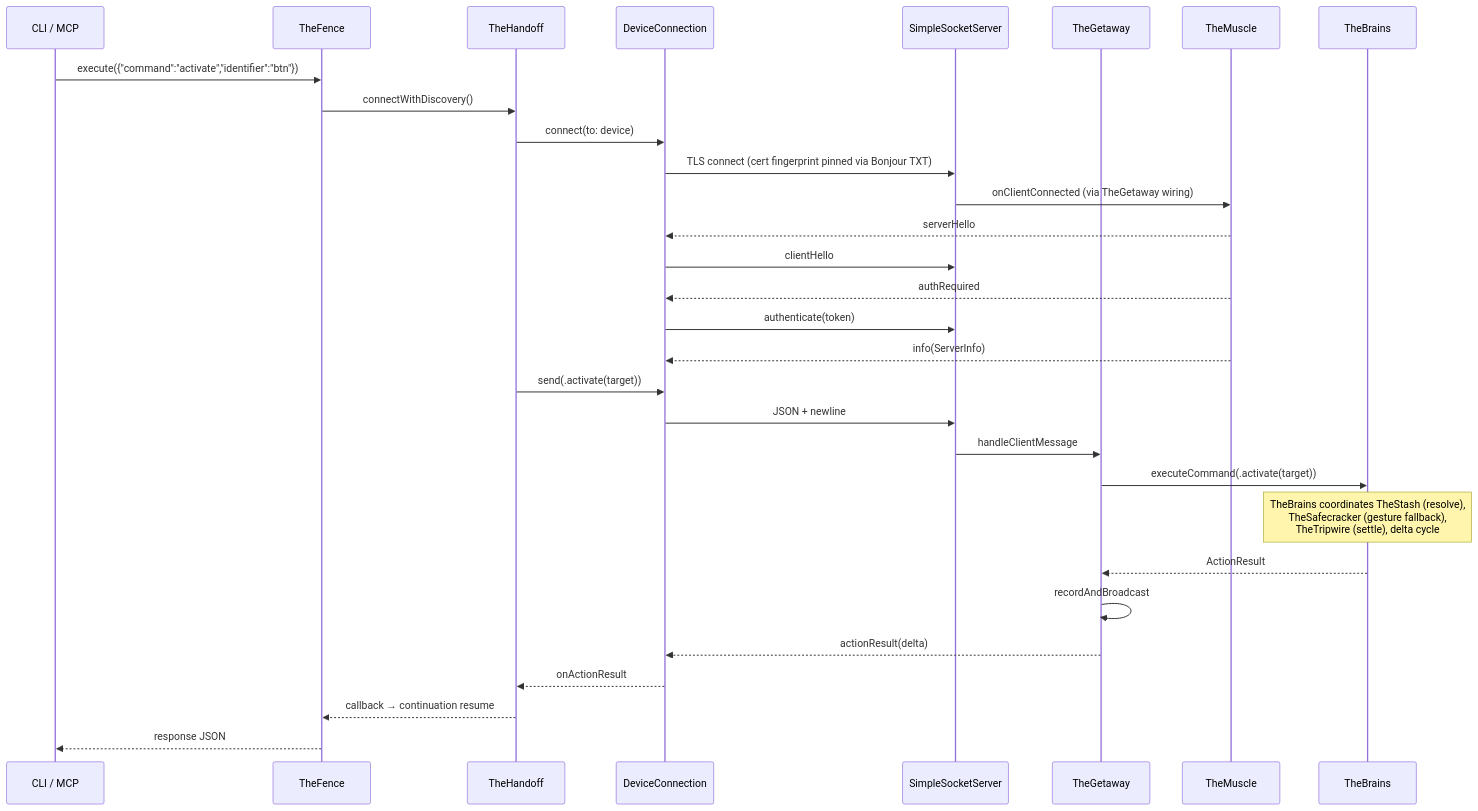
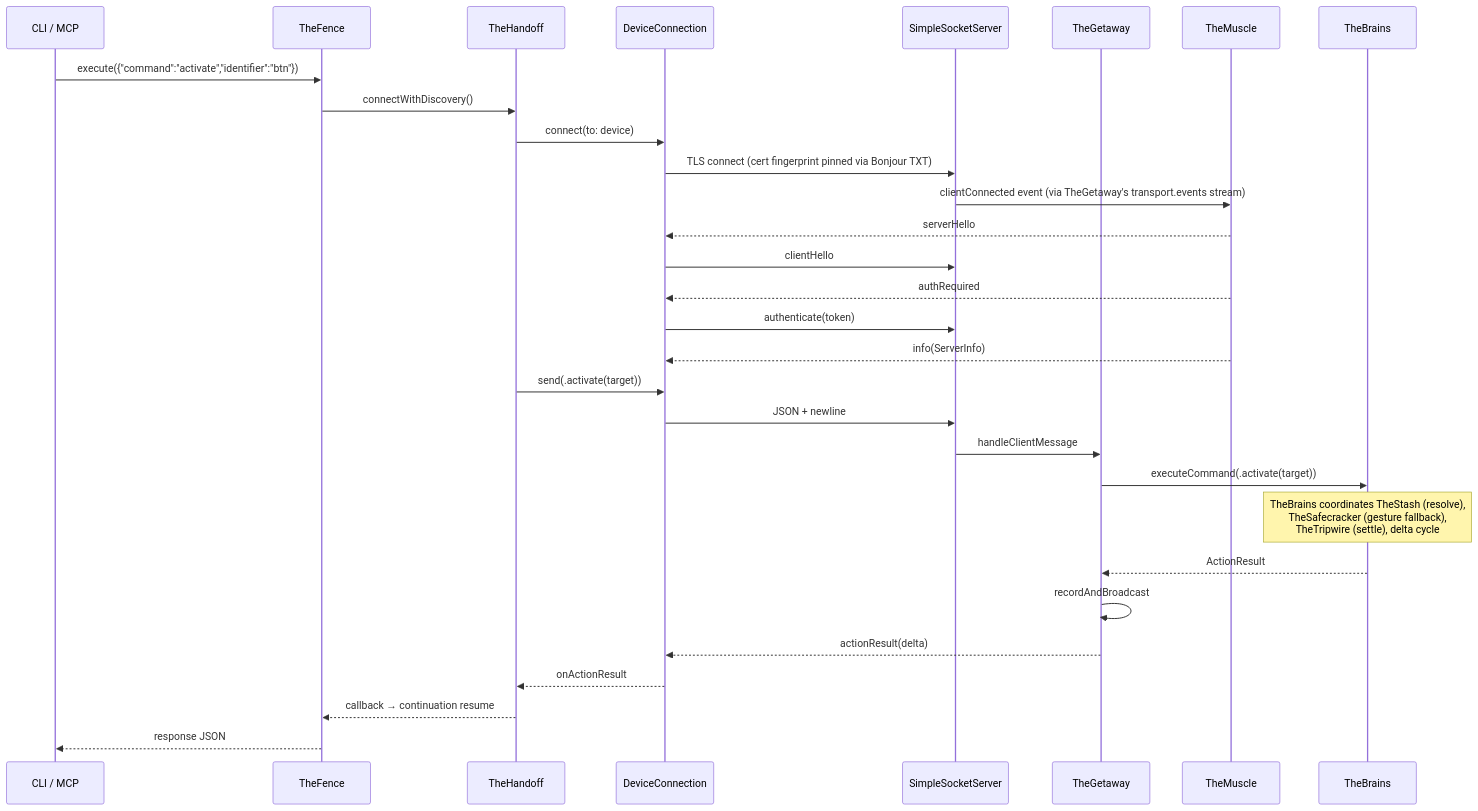
Before and after one commit to RoyalPineapple/TheButtonHeist: the second of 2 diagrams in docs/dossiers/README.md, drawn with Mermaid. The commit also changed 8 other files, not shown here.

````diff
--- a/docs/dossiers/README.md
+++ b/docs/dossiers/README.md
@@ -83,33 +83,33 @@
 ```mermaid
 sequenceDiagram
     participant CLI as CLI / MCP
     participant TF as TheFence
     participant TH as TheHandoff
     participant DC as DeviceConnection
     participant SS as SimpleSocketServer
     participant GW as TheGetaway
     participant TM2 as TheMuscle
     participant TB as TheBrains
 
     CLI->>TF: execute({"command":"activate","identifier":"btn"})
     TF->>TH: connectWithDiscovery()
     TH->>DC: connect(to: device)
     DC->>SS: TLS connect (cert fingerprint pinned via Bonjour TXT)
-    SS->>TM2: onClientConnected (via TheGetaway wiring)
+    SS->>TM2: clientConnected event (via TheGetaway's transport.events stream)
     TM2-->>DC: serverHello
     DC->>SS: clientHello
     TM2-->>DC: authRequired
     DC->>SS: authenticate(token)
     TM2-->>DC: info(ServerInfo)
     TH->>DC: send(.activate(target))
     DC->>SS: JSON + newline
     SS->>GW: handleClientMessage
     GW->>TB: executeCommand(.activate(target))
     Note over TB: TheBrains coordinates TheStash (resolve),<br/>TheSafecracker (gesture fallback),<br/>TheTripwire (settle), delta cycle
     TB-->>GW: ActionResult
     GW->>GW: recordAndBroadcast
     GW-->>DC: actionResult(delta)
     DC-->>TH: onActionResult
     TH-->>TF: callback → continuation resume
     TF-->>CLI: response JSON
 ```
````
